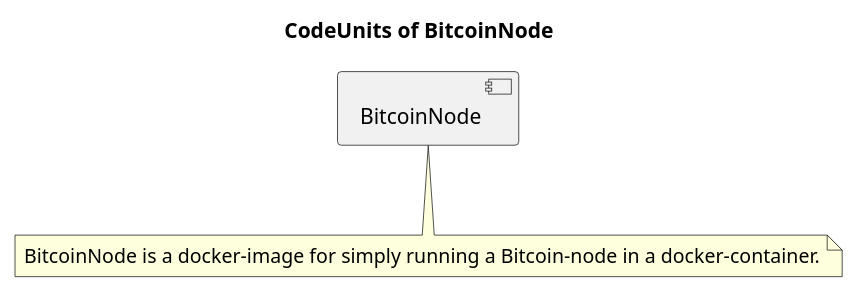
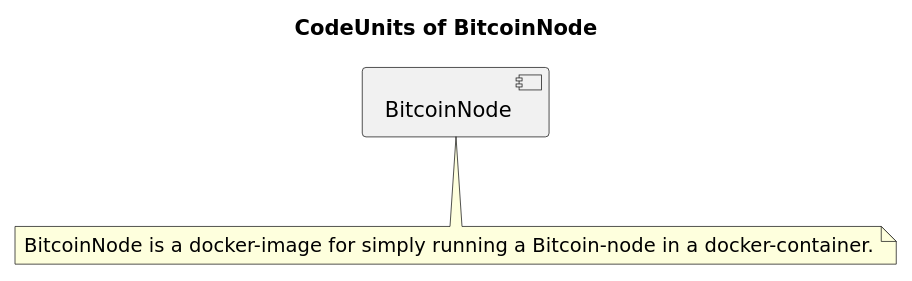
Before and after one commit to anionDevelopment/BitcoinNode: the diagram in Other/Reference/Technical/Diagrams/CodeUnits-Overview.plantuml, drawn with PlantUML. The commit also changed 9 other files, not shown here.

```diff
--- a/Other/Reference/Technical/Diagrams/CodeUnits-Overview.plantuml
+++ b/Other/Reference/Technical/Diagrams/CodeUnits-Overview.plantuml
@@ -1,11 +1,12 @@
 @startuml CodeUnits-Overview
+skinparam defaultFontName "DejaVu Sans"
 title CodeUnits of BitcoinNode
 
 [BitcoinNode]
 note as BitcoinNodeNote
   BitcoinNode is a docker-image for simply running a Bitcoin-node in a docker-container.
 end note
 BitcoinNode .. BitcoinNodeNote
 
 
 @enduml
```
